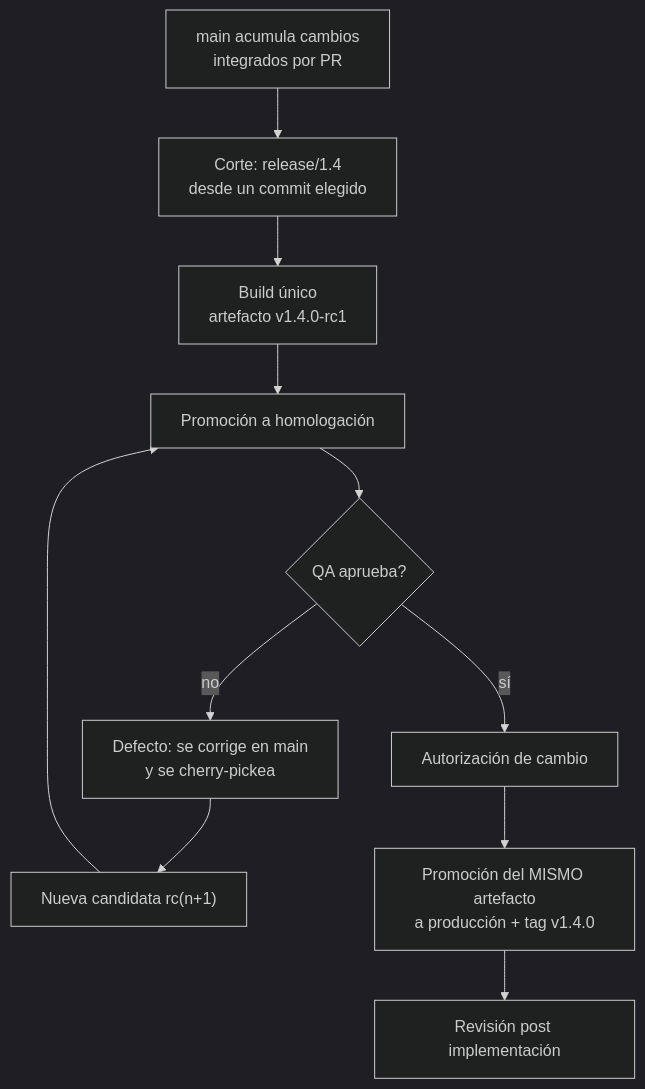
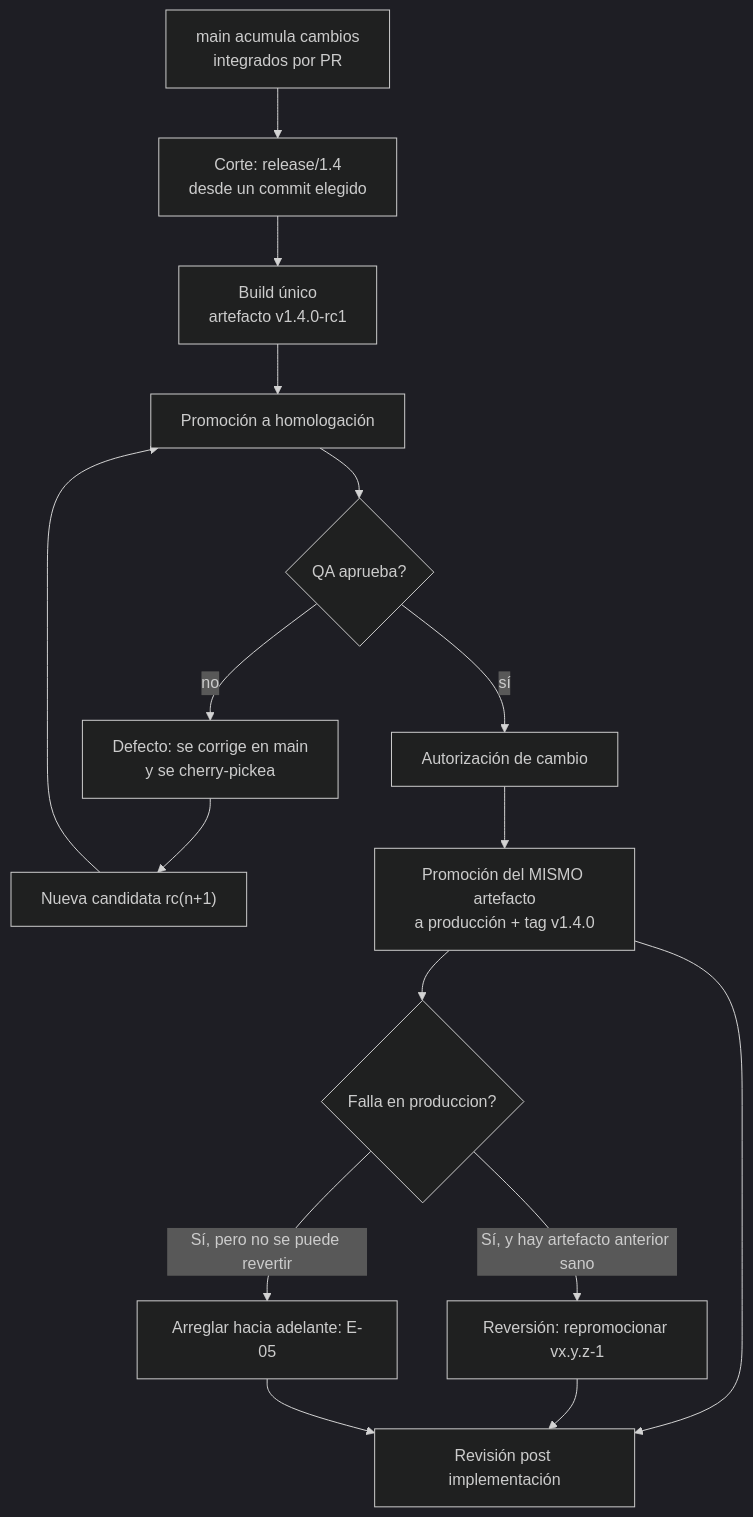
One commit to hdcm-dev/Lab-Documentos.Documentacion changed the diagram in Analisis/01-Procedimiento-GitFlow/07-Integracion-Y-Versionado.md. Above: the diagram before and after it, drawn with Mermaid (dark theme). The commit also changed other lines of this file and 20 other files, not shown here.

````diff
--- a/Analisis/01-Procedimiento-GitFlow/07-Integracion-Y-Versionado.md
+++ b/Analisis/01-Procedimiento-GitFlow/07-Integracion-Y-Versionado.md
@@ -71,13 +81,18 @@
 ```mermaid
 flowchart TD
     A["main acumula cambios<br/>integrados por PR"] --> B["Corte: release/1.4<br/>desde un commit elegido"]
     B --> C["Build único<br/>artefacto v1.4.0-rc1"]
     C --> D["Promoción a homologación"]
     D --> E{"QA aprueba?"}
     E -->|no| F["Defecto: se corrige en main<br/>y se cherry-pickea"]
     F --> G["Nueva candidata rc(n+1)"]
     G --> D
     E -->|sí| H["Autorización de cambio"]
     H --> I["Promoción del MISMO artefacto<br/>a producción + tag v1.4.0"]
     I --> J["Revisión post implementación"]
+    I --> K{"Falla en produccion?"}
+    K -->|Sí, y hay artefacto anterior sano| L["Reversión: repromocionar vx.y.z-1"]
+    K -->|Sí, pero no se puede revertir| M["Arreglar hacia adelante: E-05"]
+    L --> J
+    M --> J
 ```
````
